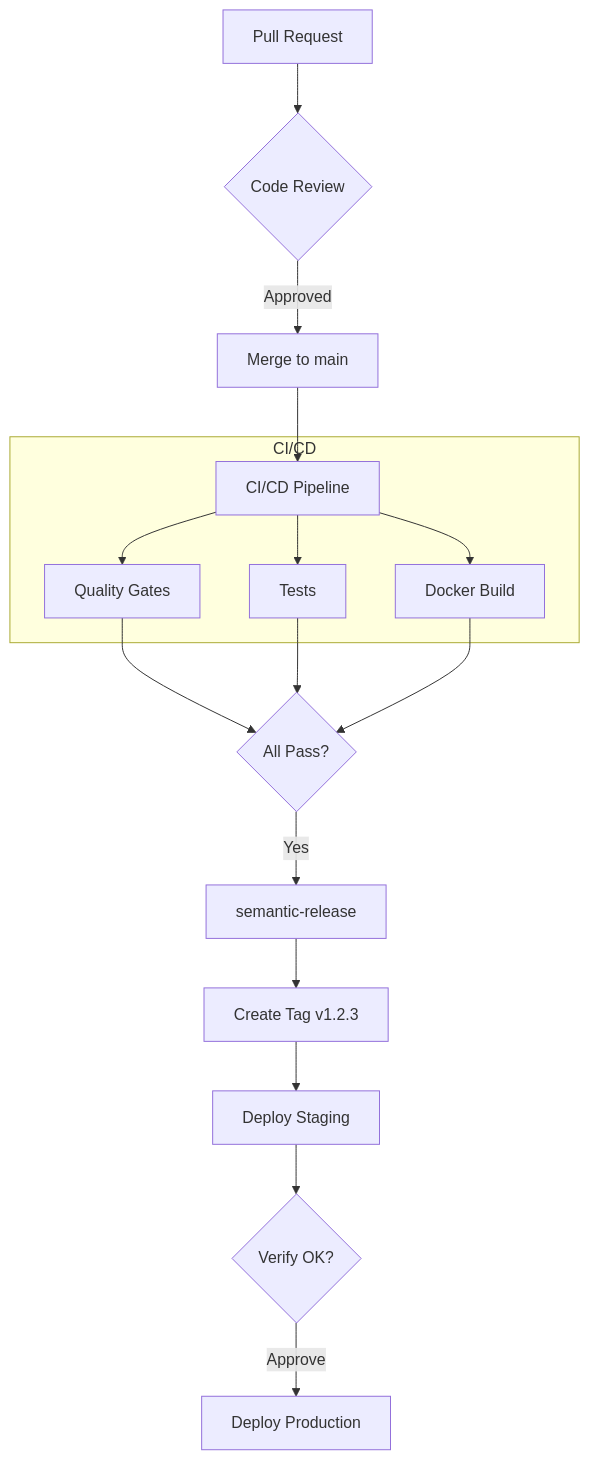
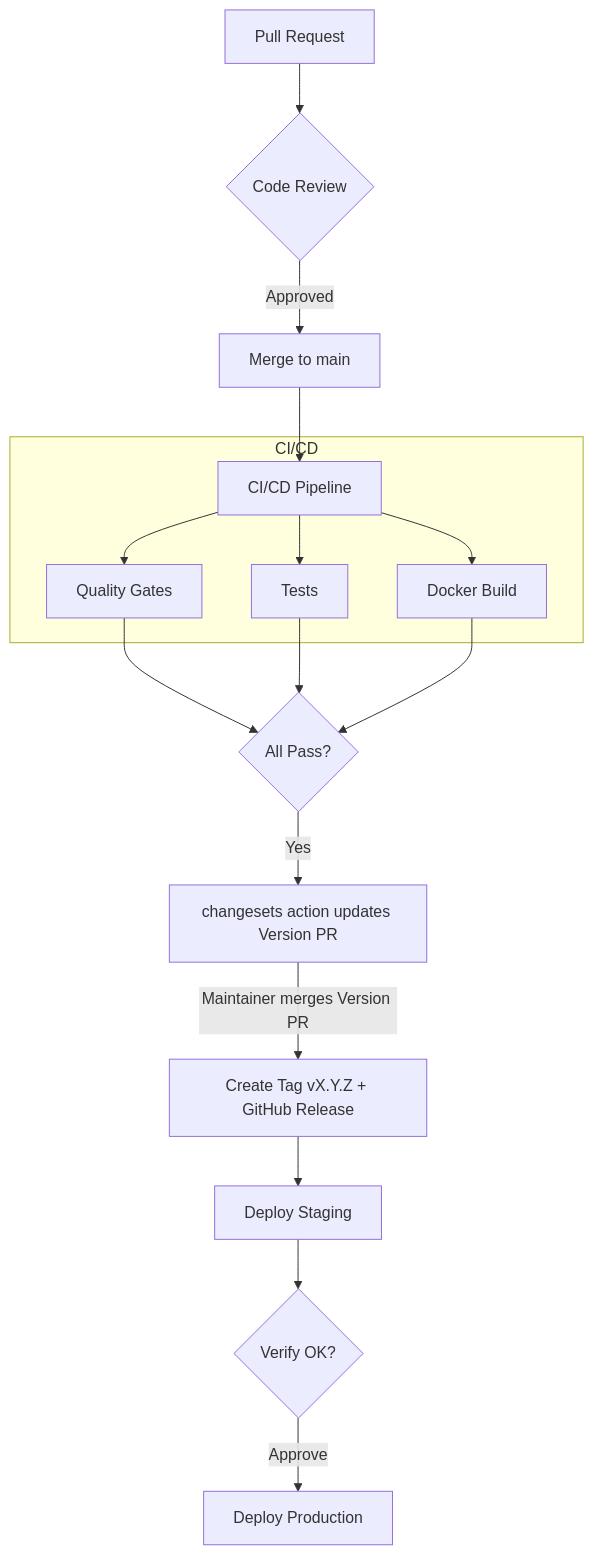
Before and after one commit to ls1intum/Hephaestus: the first of 2 diagrams in docs/contributor/ci-cd.mdx, drawn with Mermaid. The commit also changed other lines of this file and 32 other files, not shown here.

````diff
--- a/docs/contributor/ci-cd.mdx
+++ b/docs/contributor/ci-cd.mdx
@@ -14,23 +14,23 @@
 ```mermaid
 graph TD
     PR[Pull Request] --> Review{Code Review}
     Review -->|Approved| Merge[Merge to main]
     Merge --> CI[CI/CD Pipeline]
 
     subgraph CI/CD
     CI --> Q[Quality Gates]
     CI --> T[Tests]
     CI --> D[Docker Build]
     end
 
     Q --> Pass{All Pass?}
     T --> Pass
     D --> Pass
 
-    Pass -->|Yes| SR[semantic-release]
-    SR --> Tag[Create Tag v1.2.3]
+    Pass -->|Yes| VP[changesets action updates Version PR]
+    VP -->|Maintainer merges Version PR| Tag[Create Tag vX.Y.Z + GitHub Release]
 
     Tag --> Staging[Deploy Staging]
     Staging --> Verify{Verify OK?}
     Verify -->|Approve| Prod[Deploy Production]
 ```
````
